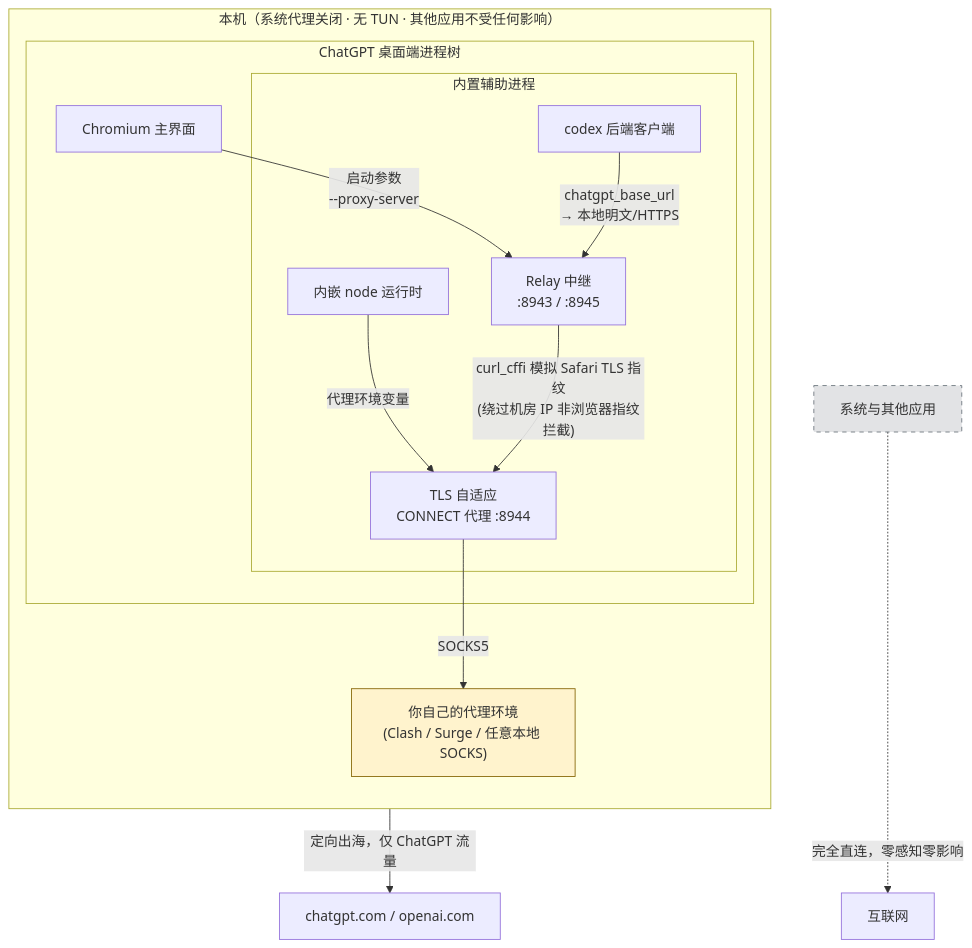
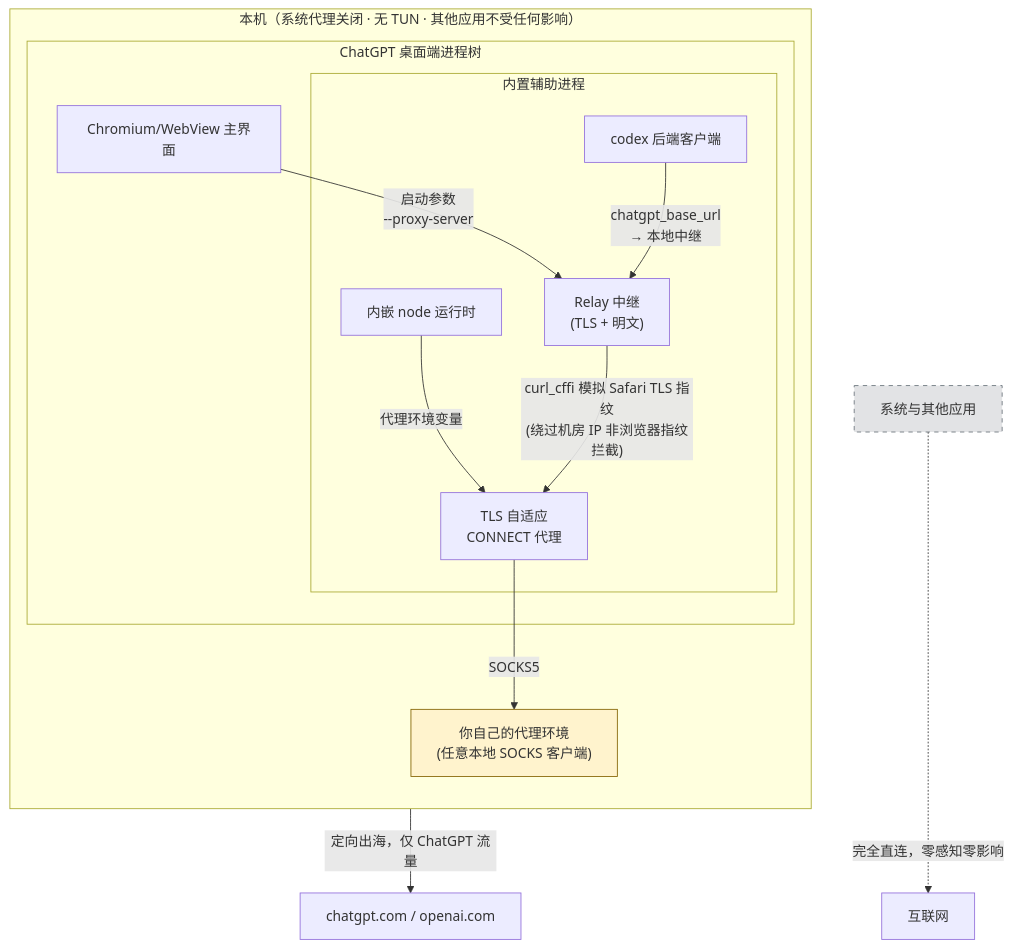
The diagram in README.md (mei-pub/mei-codex-helper), drawn with Mermaid before and after one commit. The commit also changed other lines of this file and 30 other files, not shown here.

````diff
--- a/README.md
+++ b/README.md
@@ -11,21 +11,21 @@
 ```mermaid
 flowchart TB
     subgraph local["本机（系统代理关闭 · 无 TUN · 其他应用不受任何影响）"]
         direction TB
         subgraph chatgptapp["ChatGPT 桌面端进程树"]
-            UI["Chromium 主界面"] -->|"启动参数<br/>--proxy-server"| R
+            UI["Chromium/WebView 主界面"] -->|"启动参数<br/>--proxy-server"| R
             subgraph helpers["内置辅助进程"]
-                codex["codex 后端客户端"] -->|"chatgpt_base_url<br/>→ 本地明文/HTTPS"| R["Relay 中继<br/>:8943 / :8945"]
-                node["内嵌 node 运行时"] -->|"代理环境变量"| C["TLS 自适应<br/>CONNECT 代理 :8944"]
+                codex["codex 后端客户端"] -->|"chatgpt_base_url<br/>→ 本地中继"| R
+                node["内嵌 node 运行时"] -->|"代理环境变量"| C
             end
         end
-        R -->|"curl_cffi 模拟 Safari TLS 指纹<br/>(绕过机房 IP 非浏览器指纹拦截)"| C
+        R["Relay 中继<br/>(TLS + 明文)"] -->|"curl_cffi 模拟 Safari TLS 指纹<br/>(绕过机房 IP 非浏览器指纹拦截)"| C["TLS 自适应<br/>CONNECT 代理"]
         C -->|SOCKS5| P
     end
-    P["你自己的代理环境<br/>(Clash / Surge / 任意本地 SOCKS)"]
+    P["你自己的代理环境<br/>(任意本地 SOCKS 客户端)"]
     P -->|"定向出海，仅 ChatGPT 流量"| NET["chatgpt.com / openai.com"]
     other["系统与其他应用"] -.->|"完全直连，零感知零影响"| NET2["互联网"]
 
     style P fill:#fff3cd,stroke:#856404
     style other fill:#e2e3e5,stroke:#6c757d,stroke-dasharray: 5 5
 ```
````
